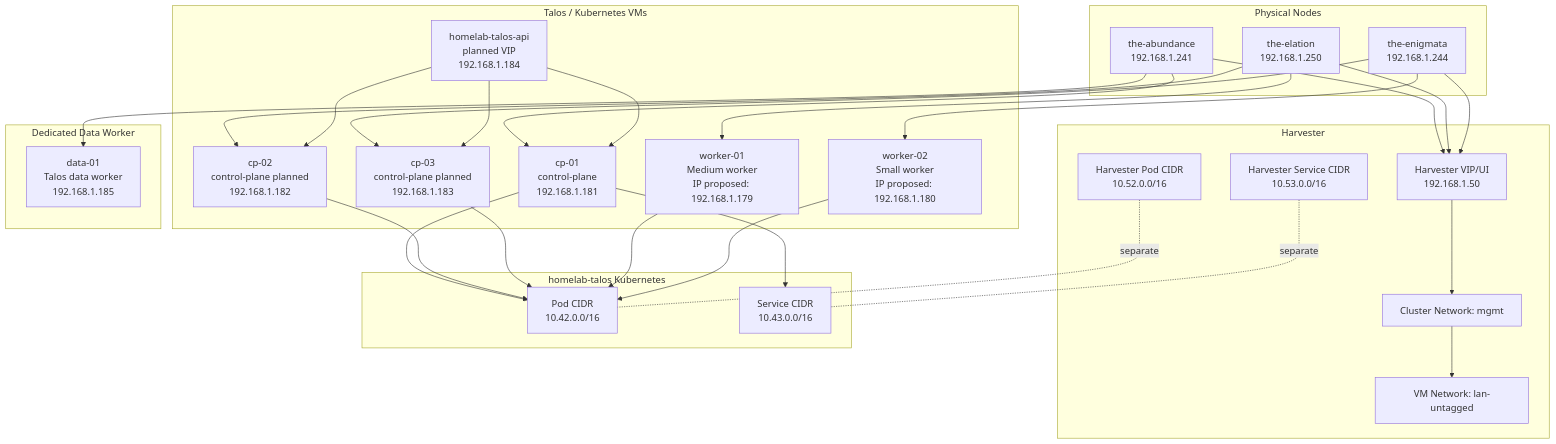
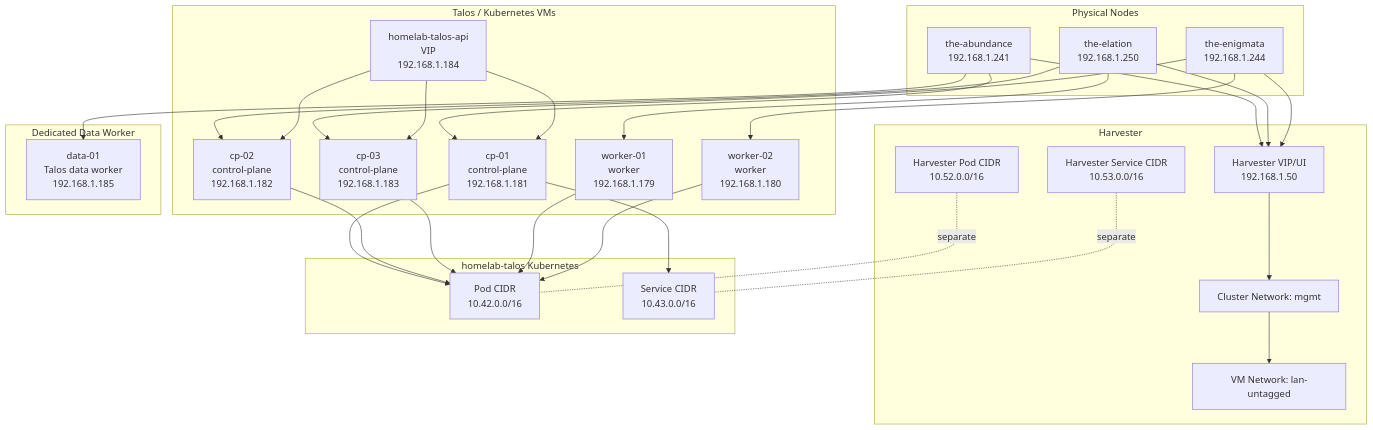
Before and after one commit to yanglianglu/homelab-platform: the second of 2 diagrams in docs/network-map.md, drawn with Mermaid. The commit also changed other lines of this file and 60 other files, not shown here.

````diff
--- a/docs/network-map.md
+++ b/docs/network-map.md
@@ -31,57 +31,57 @@
 ```mermaid
 flowchart TB
   subgraph physical["Physical Nodes"]
     abundance["the-abundance<br/>192.168.1.241"]
     elation["the-elation<br/>192.168.1.250"]
     enigmata["the-enigmata<br/>192.168.1.244"]
   end
 
   subgraph harvester["Harvester"]
     vip["Harvester VIP/UI<br/>192.168.1.50"]
     mgmt["Cluster Network: mgmt"]
     vmnet["VM Network: lan-untagged"]
     hpods["Harvester Pod CIDR<br/>10.52.0.0/16"]
     hsvcs["Harvester Service CIDR<br/>10.53.0.0/16"]
   end
 
   subgraph talos["Talos / Kubernetes VMs"]
-    api["homelab-talos-api<br/>planned VIP<br/>192.168.1.184"]
+    api["homelab-talos-api<br/>VIP<br/>192.168.1.184"]
     cp["cp-01<br/>control-plane<br/>192.168.1.181"]
-    cp2["cp-02<br/>control-plane planned<br/>192.168.1.182"]
-    cp3["cp-03<br/>control-plane planned<br/>192.168.1.183"]
-    w1["worker-01<br/>Medium worker<br/>IP proposed: 192.168.1.179"]
-    w2["worker-02<br/>Small worker<br/>IP proposed: 192.168.1.180"]
+    cp2["cp-02<br/>control-plane<br/>192.168.1.182"]
+    cp3["cp-03<br/>control-plane<br/>192.168.1.183"]
+    w1["worker-01<br/>worker<br/>192.168.1.179"]
+    w2["worker-02<br/>worker<br/>192.168.1.180"]
   end
 
   subgraph data["Dedicated Data Worker"]
     data01["data-01<br/>Talos data worker<br/>192.168.1.185"]
   end
 
   subgraph k8s["homelab-talos Kubernetes"]
     pods["Pod CIDR<br/>10.42.0.0/16"]
     svcs["Service CIDR<br/>10.43.0.0/16"]
   end
 
   abundance --> vip
   elation --> vip
   enigmata --> vip
   vip --> mgmt
   mgmt --> vmnet
   abundance --> cp
   elation --> cp2
   enigmata --> cp3
   elation --> w1
   enigmata --> w2
   abundance --> data01
   api --> cp
   api --> cp2
   api --> cp3
   cp --> pods
   cp2 --> pods
   cp3 --> pods
   cp --> svcs
   w1 --> pods
   w2 --> pods
   hpods -. separate .- pods
   hsvcs -. separate .- svcs
 ```
````
